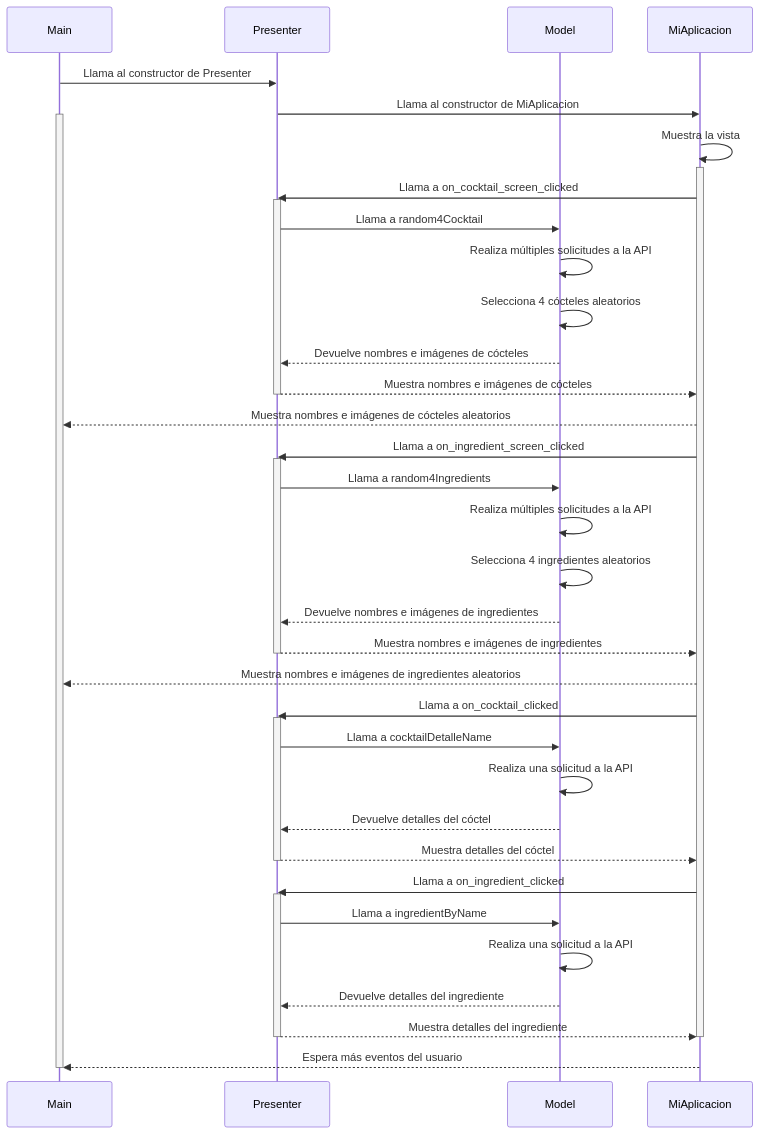
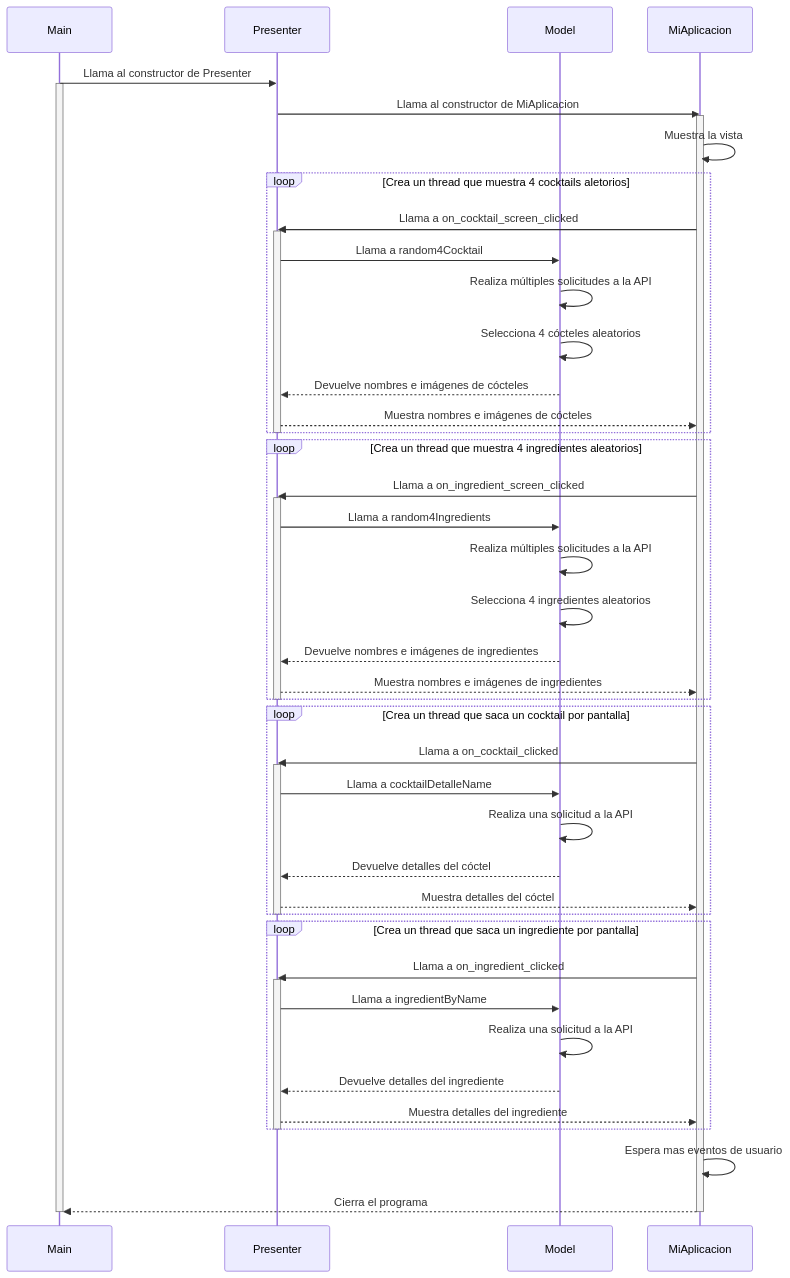
Before and after one commit to braisf03/IPM: the diagram in diseño-sw.md, drawn with Mermaid.

Commit message:
Diagrama de secuencia nashe
Big

````diff
--- a/diseño-sw.md
+++ b/diseño-sw.md
@@ -1,60 +1,64 @@
 ```mermaid
 sequenceDiagram
     participant Main as Main
     participant Presenter as Presenter
     participant Model as Model
     participant MiAplicacion as MiAplicacion
-    
 
     Main->>Presenter: Llama al constructor de Presenter
-    Presenter->>MiAplicacion: Llama al constructor de MiAplicacion
-    
-
     activate Main
 
-    
-    MiAplicacion->>MiAplicacion: Muestra la vista
+    Presenter->>MiAplicacion: Llama al constructor de MiAplicacion
 
     activate MiAplicacion
 
-    MiAplicacion->>Presenter: Llama a on_cocktail_screen_clicked
-    activate Presenter
-    Presenter->>Model: Llama a random4Cocktail
-    Model->>Model: Realiza múltiples solicitudes a la API
-    Model->>Model: Selecciona 4 cócteles aleatorios
-    Model-->>Presenter: Devuelve nombres e imágenes de cócteles
-    Presenter-->>MiAplicacion: Muestra nombres e imágenes de cócteles
+    MiAplicacion->>MiAplicacion: Muestra la vista
+
+    loop Crea un thread que muestra 4 cocktails aletorios
+        MiAplicacion->>Presenter: Llama a on_cocktail_screen_clicked
+        activate Presenter
+        Presenter->>Model: Llama a random4Cocktail
+        Model->>Model: Realiza múltiples solicitudes a la API
+        Model->>Model: Selecciona 4 cócteles aleatorios
+        Model-->>Presenter: Devuelve nombres e imágenes de cócteles
+        Presenter-->>MiAplicacion: Muestra nombres e imágenes de cócteles
+    end
     deactivate Presenter
-    MiAplicacion-->>Main: Muestra nombres e imágenes de cócteles aleatorios
-
-    MiAplicacion->>Presenter: Llama a on_ingredient_screen_clicked
-    activate Presenter
-    Presenter->>Model: Llama a random4Ingredients
-    Model->>Model: Realiza múltiples solicitudes a la API
-    Model->>Model: Selecciona 4 ingredientes aleatorios
-    Model-->>Presenter: Devuelve nombres e imágenes de ingredientes
-    Presenter-->>MiAplicacion: Muestra nombres e imágenes de ingredientes
+    
+    loop Crea un thread que muestra 4 ingredientes aleatorios
+        MiAplicacion->>Presenter: Llama a on_ingredient_screen_clicked
+        activate Presenter
+        Presenter->>Model: Llama a random4Ingredients
+        Model->>Model: Realiza múltiples solicitudes a la API
+        Model->>Model: Selecciona 4 ingredientes aleatorios
+        Model-->>Presenter: Devuelve nombres e imágenes de ingredientes
+        Presenter-->>MiAplicacion: Muestra nombres e imágenes de ingredientes
+    end
     deactivate Presenter
-    MiAplicacion-->>Main: Muestra nombres e imágenes de ingredientes aleatorios
-
-    MiAplicacion->>Presenter: Llama a on_cocktail_clicked
-    activate Presenter
-    Presenter->>Model: Llama a cocktailDetalleName
-    Model->>Model: Realiza una solicitud a la API
-    Model-->>Presenter: Devuelve detalles del cóctel
-    Presenter-->>MiAplicacion: Muestra detalles del cóctel
+    
+    loop Crea un thread que saca un cocktail por pantalla
+        MiAplicacion->>Presenter: Llama a on_cocktail_clicked
+        activate Presenter
+        Presenter->>Model: Llama a cocktailDetalleName
+        Model->>Model: Realiza una solicitud a la API
+        Model-->>Presenter: Devuelve detalles del cóctel
+        Presenter-->>MiAplicacion: Muestra detalles del cóctel
+    end
     deactivate Presenter
 
-    MiAplicacion->>Presenter: Llama a on_ingredient_clicked
-    activate Presenter
-    Presenter->>Model: Llama a ingredientByName
-    Model->>Model: Realiza una solicitud a la API
-    Model-->>Presenter: Devuelve detalles del ingrediente
-    Presenter-->>MiAplicacion: Muestra detalles del ingrediente
+    loop Crea un thread que saca un ingrediente por pantalla
+        MiAplicacion->>Presenter: Llama a on_ingredient_clicked
+        activate Presenter
+        Presenter->>Model: Llama a ingredientByName
+        Model->>Model: Realiza una solicitud a la API
+        Model-->>Presenter: Devuelve detalles del ingrediente
+        Presenter-->>MiAplicacion: Muestra detalles del ingrediente
+    end
     deactivate Presenter
 
+    MiAplicacion->>MiAplicacion: Espera mas eventos de usuario
+    MiAplicacion-->>Main: Cierra el programa
     deactivate MiAplicacion
-    MiAplicacion-->>Main: Espera más eventos del usuario
     deactivate Main
 
 ```    
````
